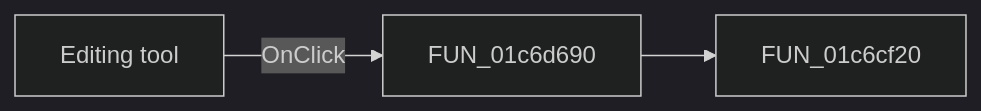
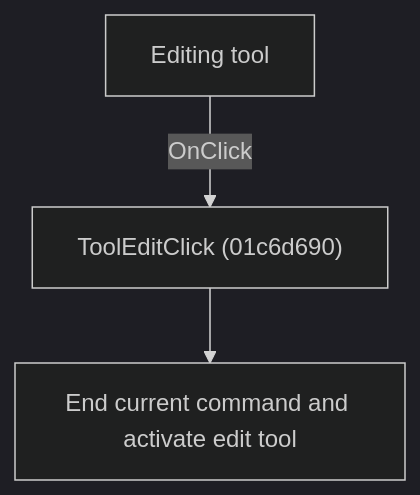
One commit to MovGP0/TIARA changed the diagram in docs/ui-controls/schematiceditor/tooledit-8223e8d2d9.md. Above: the diagram before and after it, drawn with Mermaid (dark theme). The commit also changed other lines of this file and 1062 other files, not shown here.

````diff
--- a/docs/ui-controls/schematiceditor/tooledit-8223e8d2d9.md
+++ b/docs/ui-controls/schematiceditor/tooledit-8223e8d2d9.md
@@ -27,5 +27,5 @@
 ```mermaid
-flowchart LR
-    control["Editing tool"] -->|OnClick| handler["FUN_01c6d690"]
-    handler --> call1["FUN_01c6cf20"]
+flowchart TD
+    control["Editing tool"] -->|"OnClick"| handler["ToolEditClick (01c6d690)"]
+    handler --> action["End current command and activate edit tool"]
 ```
````
